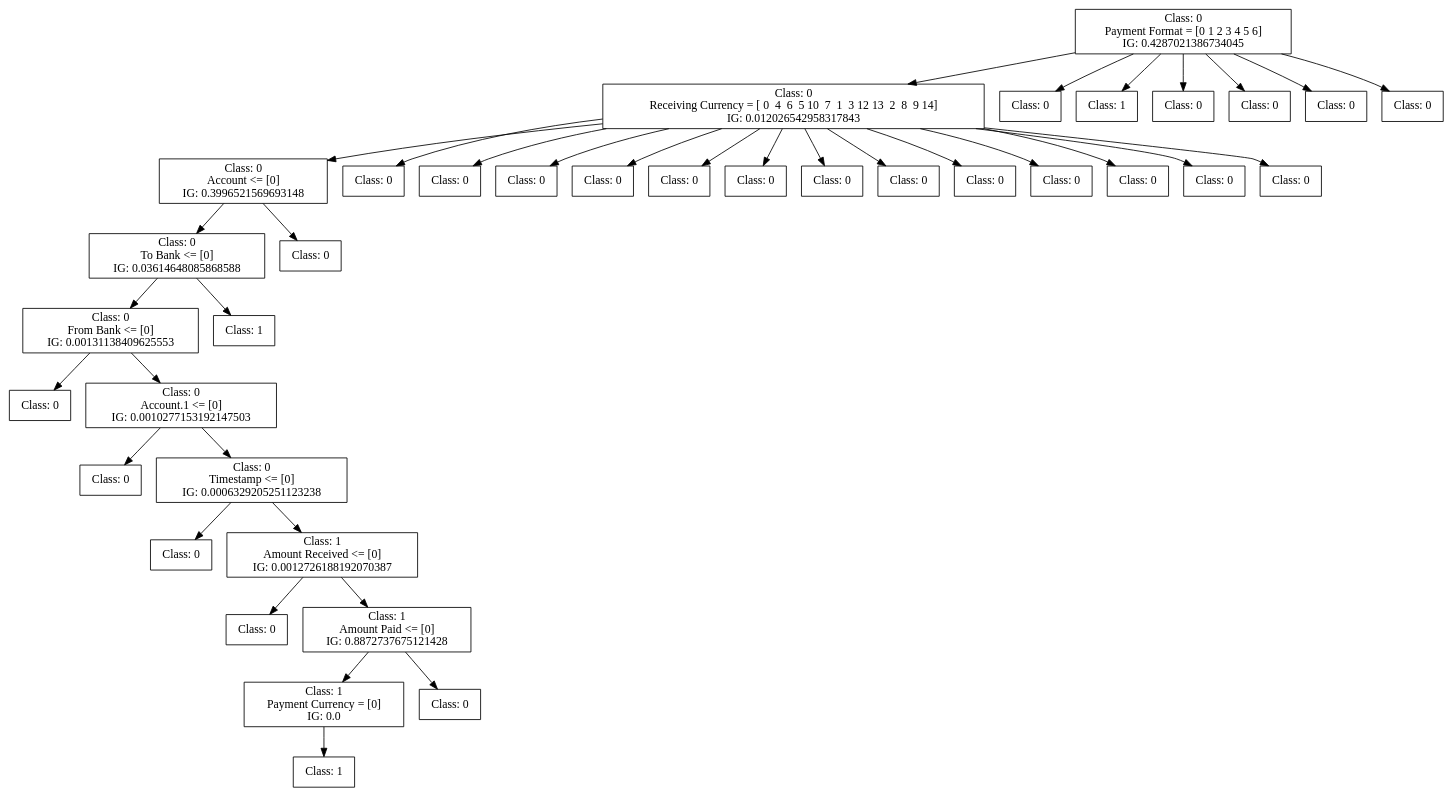
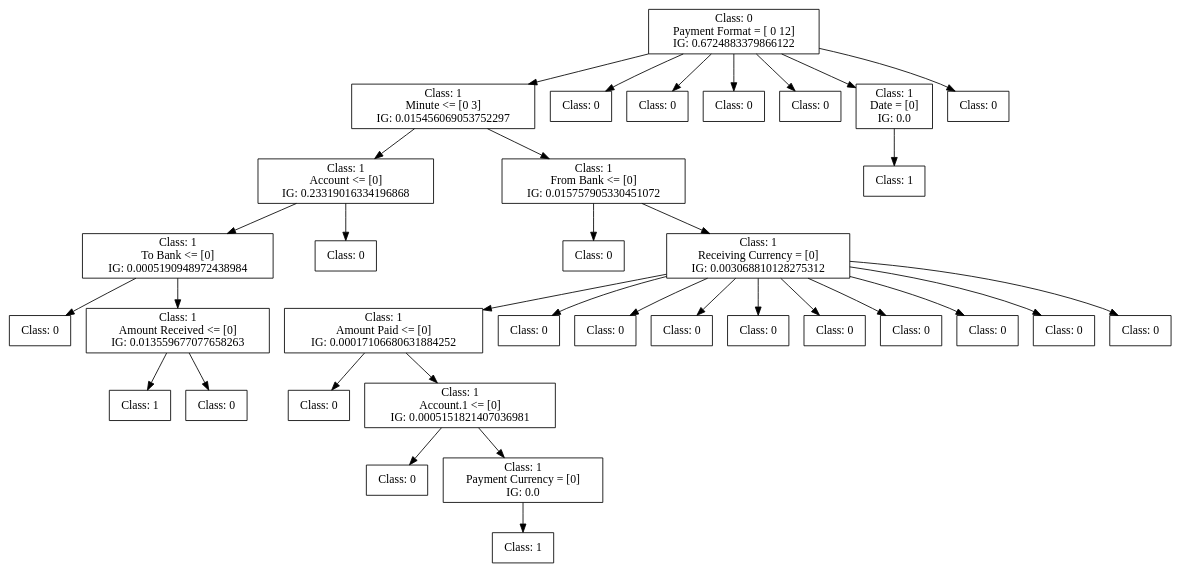
Before and after one commit to FedericoBruzzone/anti-money-laundering: the diagram in dot_figs/tree-id3-oversampling-2.dot, drawn with Graphviz. The commit also changed 12 other files, not shown here.

```diff
--- a/dot_figs/tree-id3-oversampling-2.dot
+++ b/dot_figs/tree-id3-oversampling-2.dot
@@ -1,124 +1,116 @@
 digraph DecisionTree {
 	rankdir=TD;
 	node [shape=box];
-	2336868477360 [label="Class: 0
-Payment Format = [0 1 2 3 4 5 6]
-IG: 0.4287021386734045"];
-	2337401886544 [label="Class: 0
-Receiving Currency = [ 0  4  6  5 10  7  1  3 12 13  2  8  9 14]
-IG: 0.012026542958317843"];
-	2336868477360 -> 2337401886544;
-	2337401885248 [label="Class: 0
+	2150827642016 [label="Class: 0
+Payment Format = [ 0 12]
+IG: 0.6724883379866122"];
+	2150864722704 [label="Class: 1
+Minute <= [0 3]
+IG: 0.015456069053752297"];
+	2150827642016 -> 2150864722704;
+	2150864731968 [label="Class: 1
 Account <= [0]
-IG: 0.3996521569693148"];
-	2337401886544 -> 2337401885248;
-	2337401881408 [label="Class: 0
+IG: 0.23319016334196868"];
+	2150864722704 -> 2150864731968;
+	2150892034448 [label="Class: 1
 To Bank <= [0]
-IG: 0.03614648085868588"];
-	2337401885248 -> 2337401881408;
-	2337401888080 [label="Class: 0
+IG: 0.0005190948972438984"];
+	2150864731968 -> 2150892034448;
+	2150827646576 [label="Class: 0
+"];
+	2150892034448 -> 2150827646576;
+	2150827648352 [label="Class: 1
+Amount Received <= [0]
+IG: 0.013559677077658263"];
+	2150892034448 -> 2150827648352;
+	2150864716224 [label="Class: 1
+"];
+	2150827648352 -> 2150864716224;
+	2150864717760 [label="Class: 0
+"];
+	2150827648352 -> 2150864717760;
+	2150892034880 [label="Class: 0
+"];
+	2150864731968 -> 2150892034880;
+	2150864725488 [label="Class: 1
 From Bank <= [0]
-IG: 0.00131138409625553"];
-	2337401881408 -> 2337401888080;
-	2337401881792 [label="Class: 0
+IG: 0.015757905330451072"];
+	2150864722704 -> 2150864725488;
+	2150864720160 [label="Class: 0
 "];
-	2337401888080 -> 2337401881792;
-	2337401890096 [label="Class: 0
+	2150864725488 -> 2150864720160;
+	2150864728032 [label="Class: 1
+Receiving Currency = [0]
+IG: 0.003068810128275312"];
+	2150864725488 -> 2150864728032;
+	2150864729520 [label="Class: 1
+Amount Paid <= [0]
+IG: 0.00017106680631884252"];
+	2150864728032 -> 2150864729520;
+	2150892032864 [label="Class: 0
+"];
+	2150864729520 -> 2150892032864;
+	2150892033344 [label="Class: 1
 Account.1 <= [0]
-IG: 0.0010277153192147503"];
-	2337401888080 -> 2337401890096;
-	2337401883328 [label="Class: 0
+IG: 0.0005151821407036981"];
+	2150864729520 -> 2150892033344;
+	2150892037232 [label="Class: 0
 "];
-	2337401890096 -> 2337401883328;
-	2337401890816 [label="Class: 0
-Timestamp <= [0]
-IG: 0.0006329205251123238"];
-	2337401890096 -> 2337401890816;
-	2337401887360 [label="Class: 0
-"];
-	2337401890816 -> 2337401887360;
-	2337401891536 [label="Class: 1
-Amount Received <= [0]
-IG: 0.0012726188192070387"];
-	2337401890816 -> 2337401891536;
-	2337401891200 [label="Class: 0
-"];
-	2337401891536 -> 2337401891200;
-	2337401892256 [label="Class: 1
-Amount Paid <= [0]
-IG: 0.8872737675121428"];
-	2337401891536 -> 2337401892256;
-	2337401890768 [label="Class: 1
+	2150892033344 -> 2150892037232;
+	2150892032960 [label="Class: 1
 Payment Currency = [0]
 IG: 0.0"];
-	2337401892256 -> 2337401890768;
-	2337401886160 [label="Class: 1
+	2150892033344 -> 2150892032960;
+	2150892038864 [label="Class: 1
 "];
-	2337401890768 -> 2337401886160;
-	2337401892976 [label="Class: 0
+	2150892032960 -> 2150892038864;
+	2150864731056 [label="Class: 0
 "];
-	2337401892256 -> 2337401892976;
-	2337401889328 [label="Class: 1
+	2150864728032 -> 2150864731056;
+	2150864731872 [label="Class: 0
 "];
-	2337401881408 -> 2337401889328;
-	2337401888608 [label="Class: 0
+	2150864728032 -> 2150864731872;
+	2150864728800 [label="Class: 0
 "];
-	2337401885248 -> 2337401888608;
-	2337401885200 [label="Class: 0
+	2150864728032 -> 2150864728800;
+	2150864728656 [label="Class: 0
 "];
-	2337401886544 -> 2337401885200;
-	2337401883664 [label="Class: 0
+	2150864728032 -> 2150864728656;
+	2150864729904 [label="Class: 0
 "];
-	2337401886544 -> 2337401883664;
-	2337401885872 [label="Class: 0
+	2150864728032 -> 2150864729904;
+	2150864730384 [label="Class: 0
 "];
-	2337401886544 -> 2337401885872;
-	2337401881984 [label="Class: 0
+	2150864728032 -> 2150864730384;
+	2150864724672 [label="Class: 0
 "];
-	2337401886544 -> 2337401881984;
-	2337401886640 [label="Class: 0
+	2150864728032 -> 2150864724672;
+	2150864732064 [label="Class: 0
 "];
-	2337401886544 -> 2337401886640;
-	2337401886448 [label="Class: 0
+	2150864728032 -> 2150864732064;
+	2150864731920 [label="Class: 0
 "];
-	2337401886544 -> 2337401886448;
-	2337401887024 [label="Class: 0
+	2150864728032 -> 2150864731920;
+	2150864723040 [label="Class: 0
 "];
-	2337401886544 -> 2337401887024;
-	2337401885584 [label="Class: 0
+	2150827642016 -> 2150864723040;
+	2150864721072 [label="Class: 0
 "];
-	2337401886544 -> 2337401885584;
-	2337401885632 [label="Class: 0
+	2150827642016 -> 2150864721072;
+	2150864722512 [label="Class: 0
 "];
-	2337401886544 -> 2337401885632;
-	2337401884720 [label="Class: 0
+	2150827642016 -> 2150864722512;
+	2150864722176 [label="Class: 0
 "];
-	2337401886544 -> 2337401884720;
-	2337401886736 [label="Class: 0
+	2150827642016 -> 2150864722176;
+	2150864721456 [label="Class: 1
+Date = [0]
+IG: 0.0"];
+	2150827642016 -> 2150864721456;
+	2150892040640 [label="Class: 1
 "];
-	2337401886544 -> 2337401886736;
-	2337401883088 [label="Class: 0
+	2150864721456 -> 2150892040640;
+	2150864718768 [label="Class: 0
 "];
-	2337401886544 -> 2337401883088;
-	2337401886928 [label="Class: 0
-"];
-	2337401886544 -> 2337401886928;
-	2337401886880 [label="Class: 0
-"];
-	2336868477360 -> 2337401886880;
-	2337401886400 [label="Class: 1
-"];
-	2336868477360 -> 2337401886400;
-	2337401883856 [label="Class: 0
-"];
-	2336868477360 -> 2337401883856;
-	2337401885488 [label="Class: 0
-"];
-	2336868477360 -> 2337401885488;
-	2337401882224 [label="Class: 0
-"];
-	2336868477360 -> 2337401882224;
-	2337401883568 [label="Class: 0
-"];
-	2336868477360 -> 2337401883568;
+	2150827642016 -> 2150864718768;
 }
```
